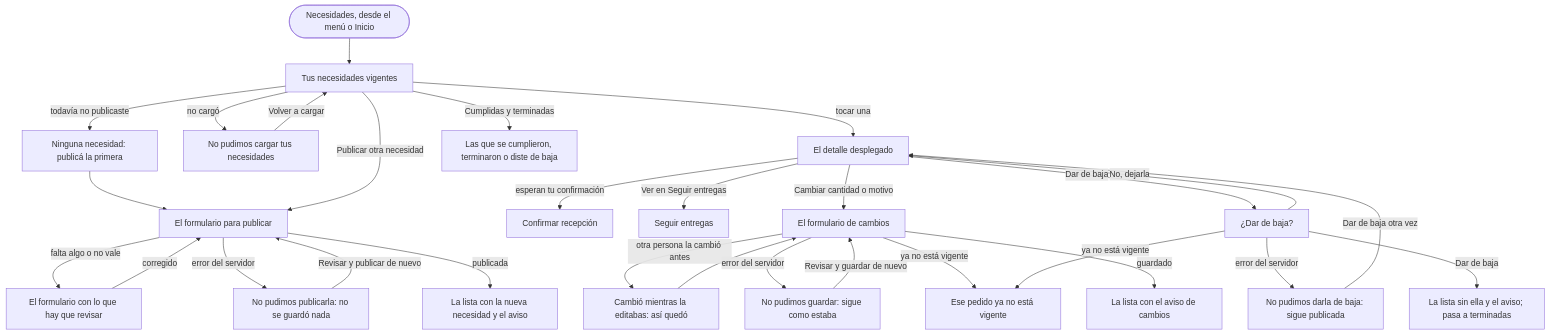
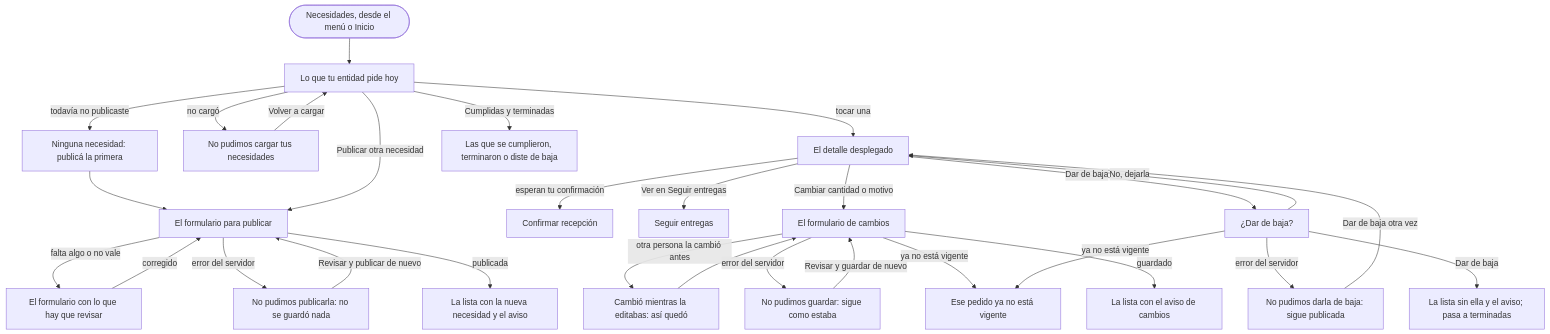
One commit to tsorren/DonaTrack-TP-DDS changed the diagram in docs/interfaz/flujos/raices-necesidades.md. Above: the diagram before and after it, drawn with Mermaid. The commit also changed other lines of this file and 7 other files, not shown here.

````diff
--- a/docs/interfaz/flujos/raices-necesidades.md
+++ b/docs/interfaz/flujos/raices-necesidades.md
@@ -40,31 +40,31 @@
 ```mermaid
 flowchart TD
-  entrada([Necesidades, desde el menú o Inicio]) --> lista[Tus necesidades vigentes]
+  entrada([Necesidades, desde el menú o Inicio]) --> lista[Lo que tu entidad pide hoy]
   lista -->|todavía no publicaste| vacio[Ninguna necesidad: publicá la primera]
   vacio --> publicar
   lista -->|no cargó| errorlista[No pudimos cargar tus necesidades]
   errorlista -->|Volver a cargar| lista
   lista -->|tocar una| detalle[El detalle desplegado]
   detalle -->|esperan tu confirmación| confirmar[Confirmar recepción]
   detalle -->|Ver en Seguir entregas| seguir[Seguir entregas]
   lista -->|Publicar otra necesidad| publicar[El formulario para publicar]
   publicar -->|falta algo o no vale| errorpub[El formulario con lo que hay que revisar]
   errorpub -->|corregido| publicar
   publicar -->|error del servidor| errorserv[No pudimos publicarla: no se guardó nada]
   errorserv -->|Revisar y publicar de nuevo| publicar
   publicar -->|publicada| publicada[La lista con la nueva necesidad y el aviso]
   detalle -->|Cambiar cantidad o motivo| editar[El formulario de cambios]
   editar -->|otra persona la cambió antes| conflicto[Cambió mientras la editabas: así quedó]
   conflicto --> editar
   editar -->|error del servidor| errorcambio[No pudimos guardar: sigue como estaba]
   errorcambio -->|Revisar y guardar de nuevo| editar
   editar -->|ya no está vigente| noesta[Ese pedido ya no está vigente]
   editar -->|guardado| editada[La lista con el aviso de cambios]
   detalle -->|Dar de baja| baja[¿Dar de baja?]
   baja -->|No, dejarla| detalle
   baja -->|error del servidor| errorbaja[No pudimos darla de baja: sigue publicada]
   errorbaja -->|Dar de baja otra vez| detalle
   baja -->|ya no está vigente| noesta
   baja -->|Dar de baja| dadabaja[La lista sin ella y el aviso; pasa a terminadas]
   lista -->|Cumplidas y terminadas| terminadas[Las que se cumplieron, terminaron o diste de baja]
 ```
````
